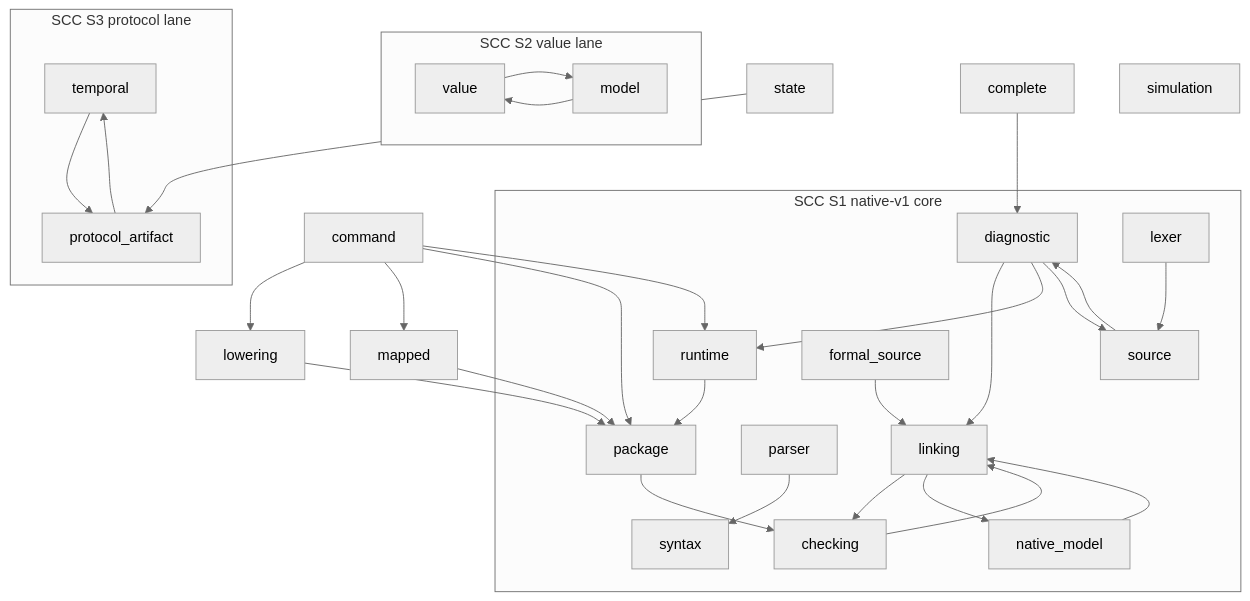
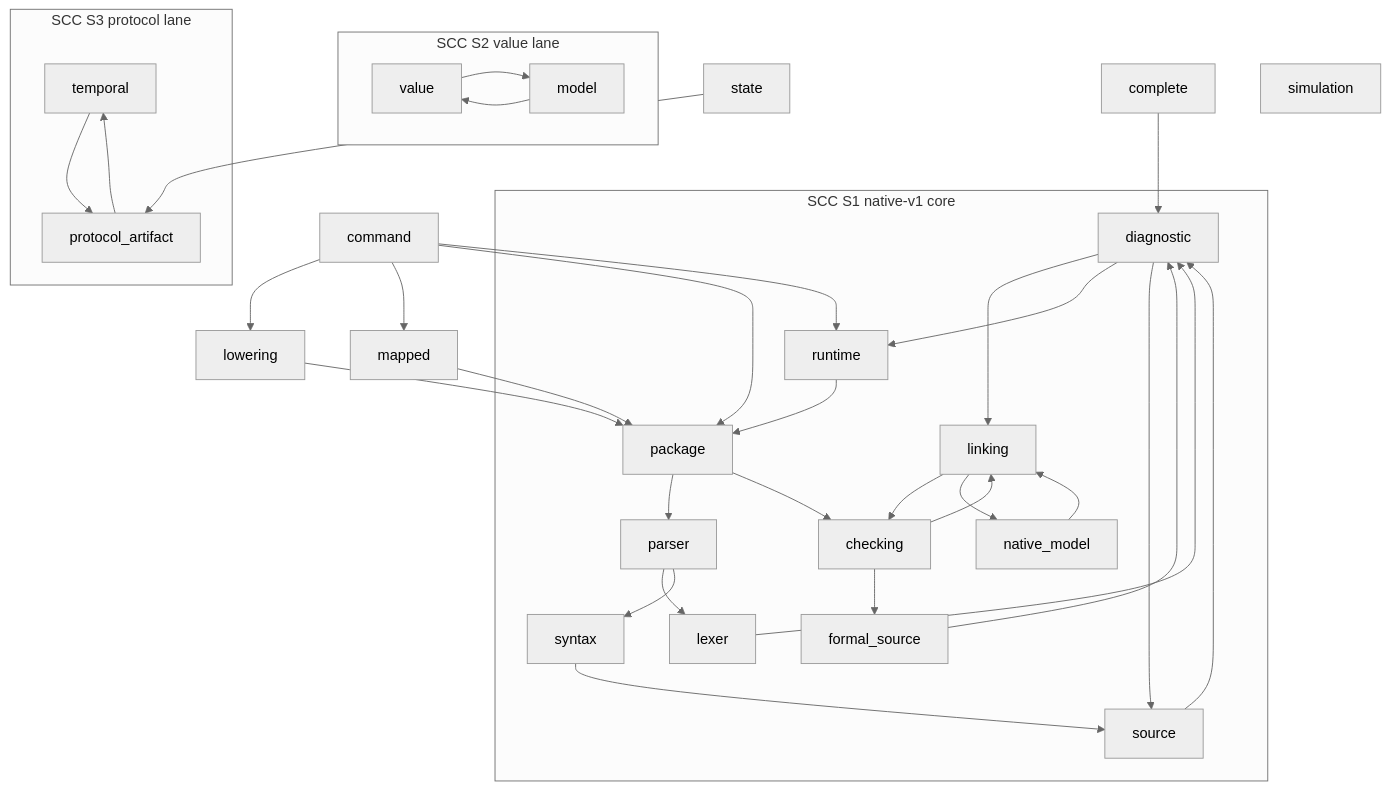
One commit to agent-ix/quire-spec-language changed the second of 3 diagrams in spec/decisions/ADR-010-observed-architecture-baseline.md. Above: the diagram before and after it, drawn with Mermaid (neutral theme). The commit also changed other lines of this file and 8 other files, not shown here.

````diff
--- a/spec/decisions/ADR-010-observed-architecture-baseline.md
+++ b/spec/decisions/ADR-010-observed-architecture-baseline.md
@@ -312,35 +409,39 @@
 ```mermaid
 graph TD
   subgraph S1[SCC S1 native-v1 core]
     diagnostic --> linking
     diagnostic --> runtime
     diagnostic --> source
     source --> diagnostic
     linking --> checking
     checking --> linking
     native_model --> linking
     linking --> native_model
+    package --> parser
+    parser --> lexer
     parser --> syntax
-    lexer --> source
+    syntax --> source
+    lexer --> diagnostic
+    checking --> formal_source
+    formal_source --> diagnostic
     package --> checking
     runtime --> package
-    formal_source --> linking
   end
   subgraph S2[SCC S2 value lane]
     value --> model
     model --> value
   end
   subgraph S3[SCC S3 protocol lane]
     temporal --> protocol_artifact
     protocol_artifact --> temporal
   end
   command --> package
   command --> runtime
   command --> lowering
   command --> mapped
   lowering --> package
   mapped --> package
   state --> protocol_artifact
   complete --> diagnostic
   simulation
 ```
````
